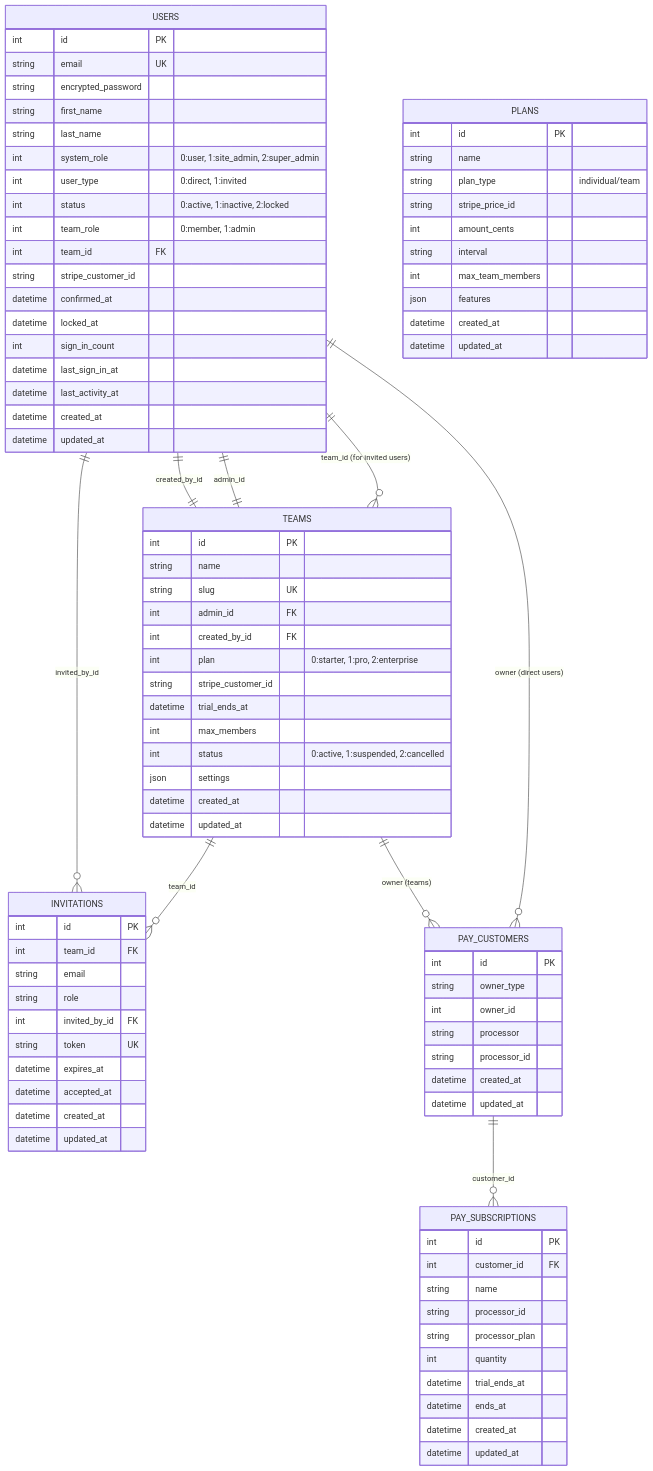
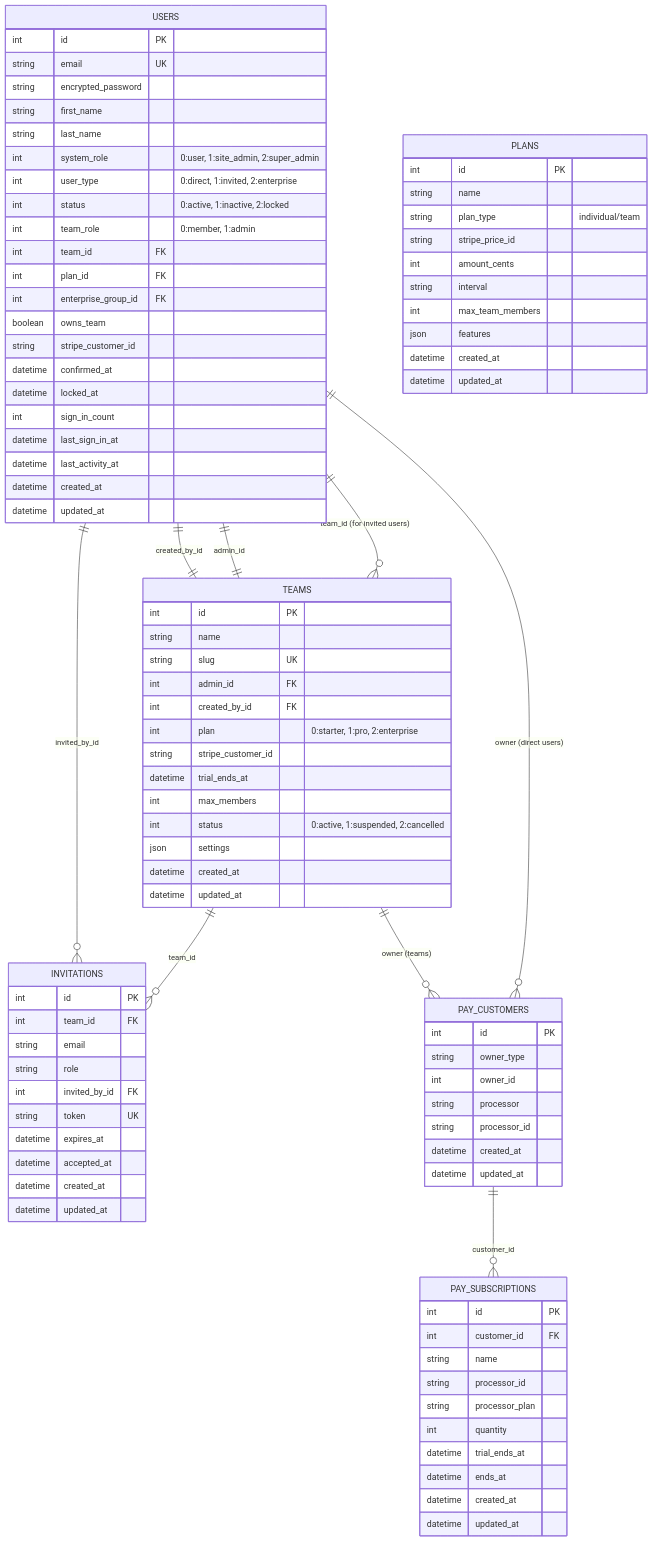
One commit to ashack/portfolio changed the fifth of 8 diagrams in docs/architecture/ARCHITECTURE.md. Above: the diagram before and after it, drawn with Mermaid. The commit also changed other lines of this file and 57 other files, not shown here.

```diff
--- a/docs/architecture/ARCHITECTURE.md
+++ b/docs/architecture/ARCHITECTURE.md
@@ -392,10 +456,13 @@
         string first_name
         string last_name
         int system_role "0:user, 1:site_admin, 2:super_admin"
-        int user_type "0:direct, 1:invited"
+        int user_type "0:direct, 1:invited, 2:enterprise"
         int status "0:active, 1:inactive, 2:locked"
         int team_role "0:member, 1:admin"
         int team_id FK
+        int plan_id FK
+        int enterprise_group_id FK
+        boolean owns_team
         string stripe_customer_id
         datetime confirmed_at
         datetime locked_at
```
